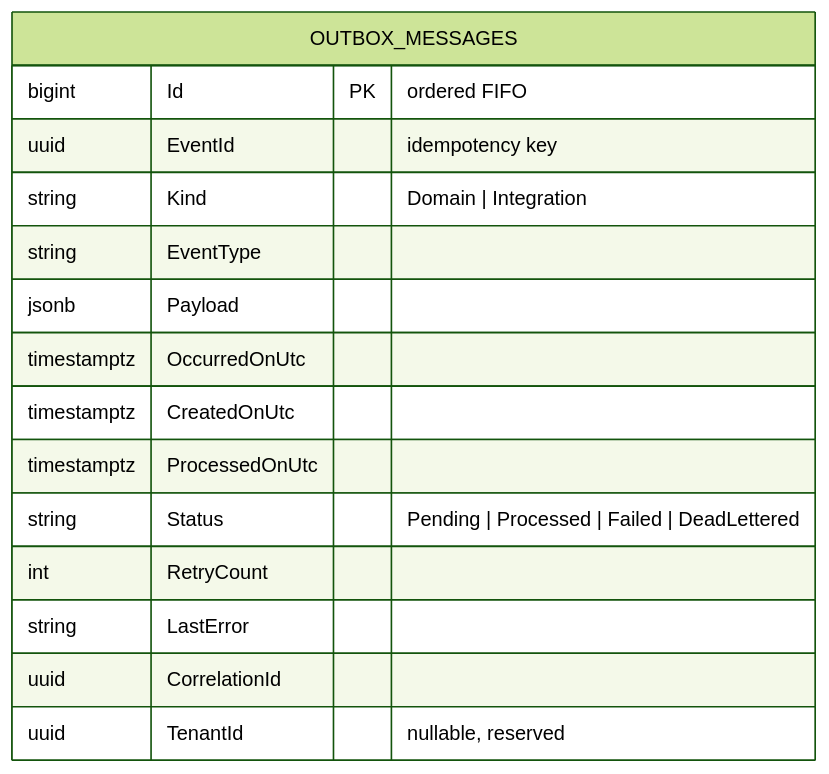
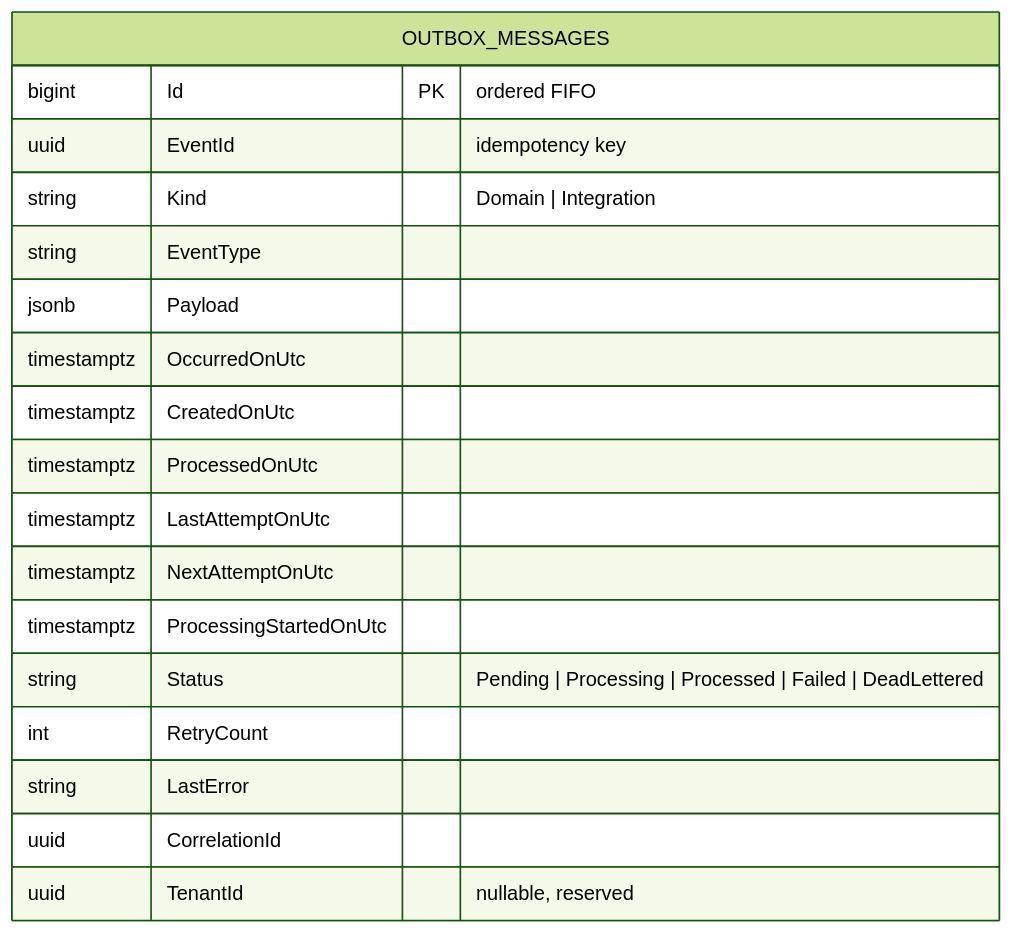
The fifth of 6 diagrams in docs/diagrams/domain-event-dispatch.md (jb-coder/BSX.Platform), drawn with Mermaid (forest theme) before and after one commit. The commit also changed other lines of this file and 101 other files, not shown here.

````diff
--- a/docs/diagrams/domain-event-dispatch.md
+++ b/docs/diagrams/domain-event-dispatch.md
@@ -116,18 +118,21 @@
 ```mermaid
 erDiagram
     OUTBOX_MESSAGES {
         bigint  Id PK "ordered FIFO"
         uuid    EventId "idempotency key"
         string  Kind "Domain | Integration"
         string  EventType
         jsonb   Payload
         timestamptz OccurredOnUtc
         timestamptz CreatedOnUtc
         timestamptz ProcessedOnUtc
-        string  Status "Pending | Processed | Failed | DeadLettered"
+        timestamptz LastAttemptOnUtc
+        timestamptz NextAttemptOnUtc
+        timestamptz ProcessingStartedOnUtc
+        string  Status "Pending | Processing | Processed | Failed | DeadLettered"
         int     RetryCount
         string  LastError
         uuid    CorrelationId
         uuid    TenantId "nullable, reserved"
     }
 ```
````
